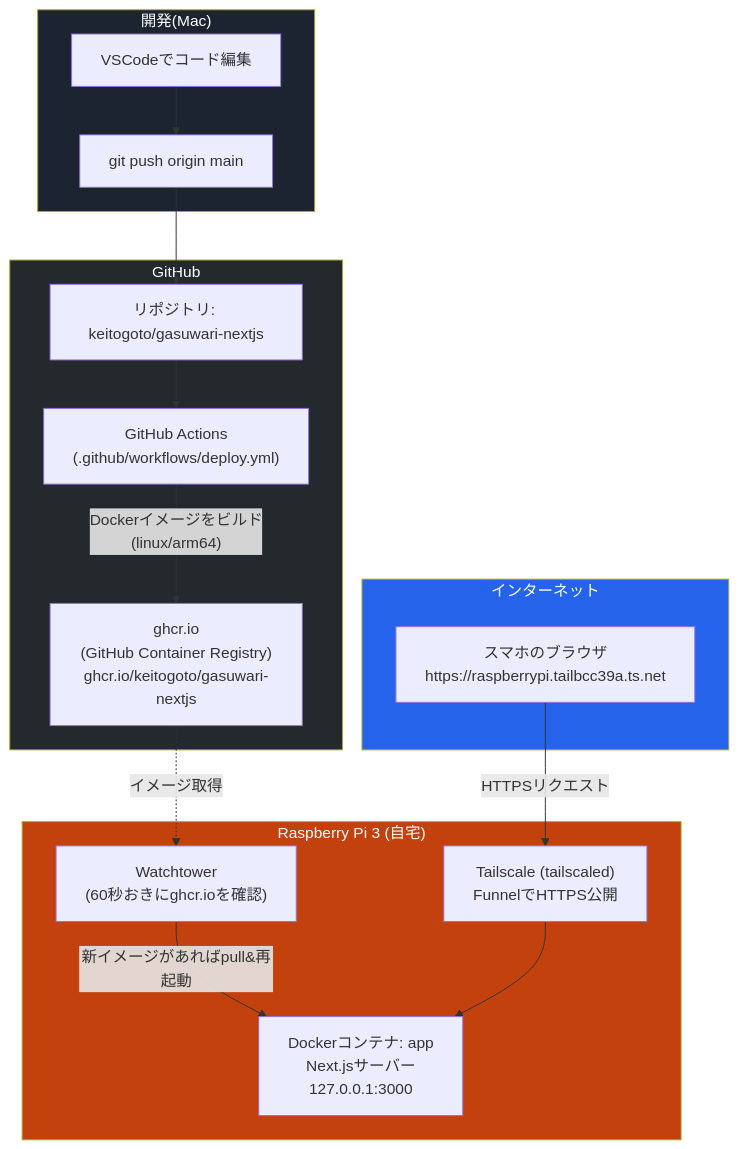
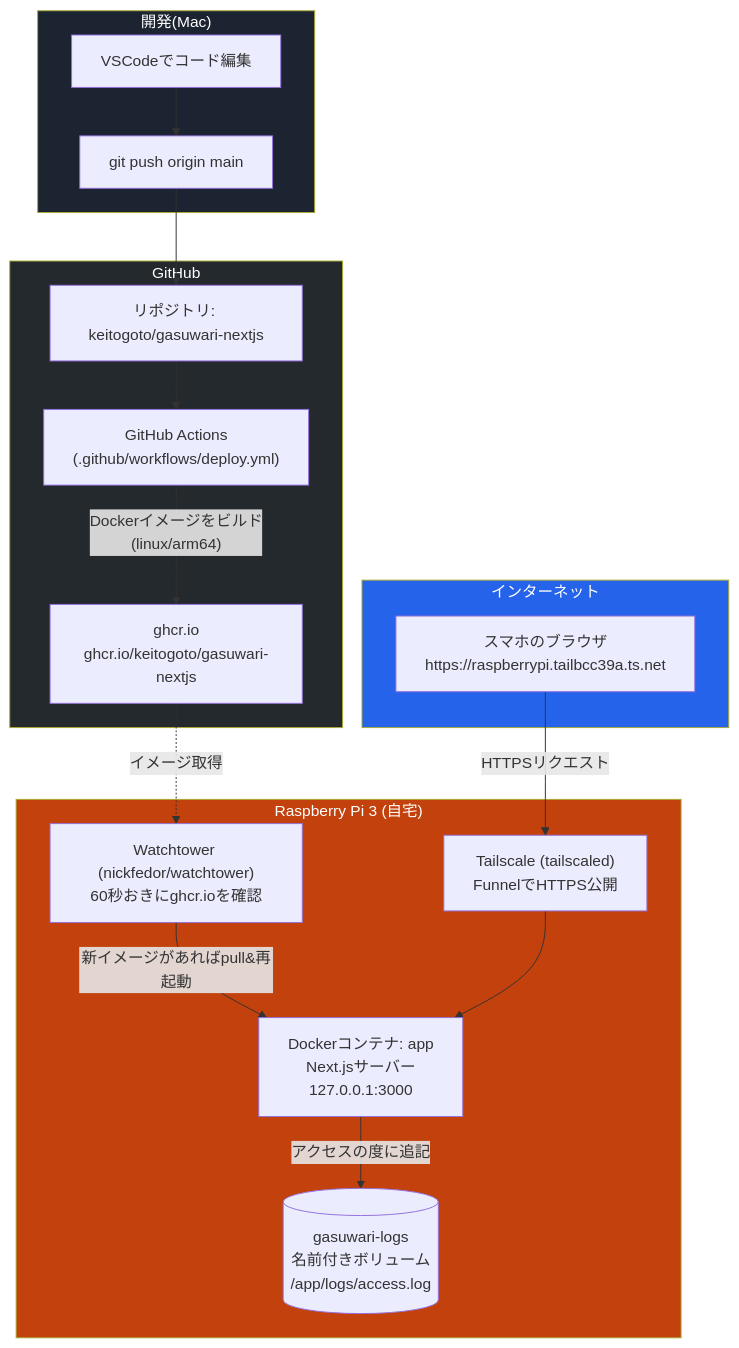
The diagram in docs/ARCHITECTURE.md (keitogoto/gasuwari-nextjs), drawn with Mermaid before and after one commit. The commit also changed other lines of this file, not shown here.

````diff
--- a/docs/ARCHITECTURE.md
+++ b/docs/ARCHITECTURE.md
@@ -20,29 +22,30 @@
 ```mermaid
 flowchart TB
     subgraph Dev["開発(Mac)"]
         A[VSCodeでコード編集] --> B["git push origin main"]
     end
 
     subgraph GitHub["GitHub"]
         B --> C[リポジトリ: keitogoto/gasuwari-nextjs]
         C --> D["GitHub Actions\n(.github/workflows/deploy.yml)"]
-        D -->|"Dockerイメージをビルド\n(linux/arm64)"| E["ghcr.io\n(GitHub Container Registry)\nghcr.io/keitogoto/gasuwari-nextjs"]
+        D -->|"Dockerイメージをビルド\n(linux/arm64)"| E["ghcr.io\nghcr.io/keitogoto/gasuwari-nextjs"]
     end
 
     subgraph Pi["Raspberry Pi 3 (自宅)"]
-        F["Watchtower\n(60秒おきにghcr.ioを確認)"] -->|新イメージがあればpull&再起動| G["Dockerコンテナ: app\nNext.jsサーバー\n127.0.0.1:3000"]
+        F["Watchtower (nickfedor/watchtower)\n60秒おきにghcr.ioを確認"] -->|新イメージがあればpull&再起動| G["Dockerコンテナ: app\nNext.jsサーバー\n127.0.0.1:3000"]
         E -.->|イメージ取得| F
+        G -->|アクセスの度に追記| L[("gasuwari-logs\n名前付きボリューム\n/app/logs/access.log")]
         H["Tailscale (tailscaled)\nFunnelでHTTPS公開"] --> G
     end
 
     subgraph Internet["インターネット"]
         I["スマホのブラウザ\nhttps://raspberrypi.tailbcc39a.ts.net"]
     end
 
     I -->|"HTTPSリクエスト"| H
 
     style Dev fill:#1B2430,color:#fff
     style GitHub fill:#24292e,color:#fff
     style Pi fill:#C2410C,color:#fff
     style Internet fill:#2563EB,color:#fff
 ```
````
